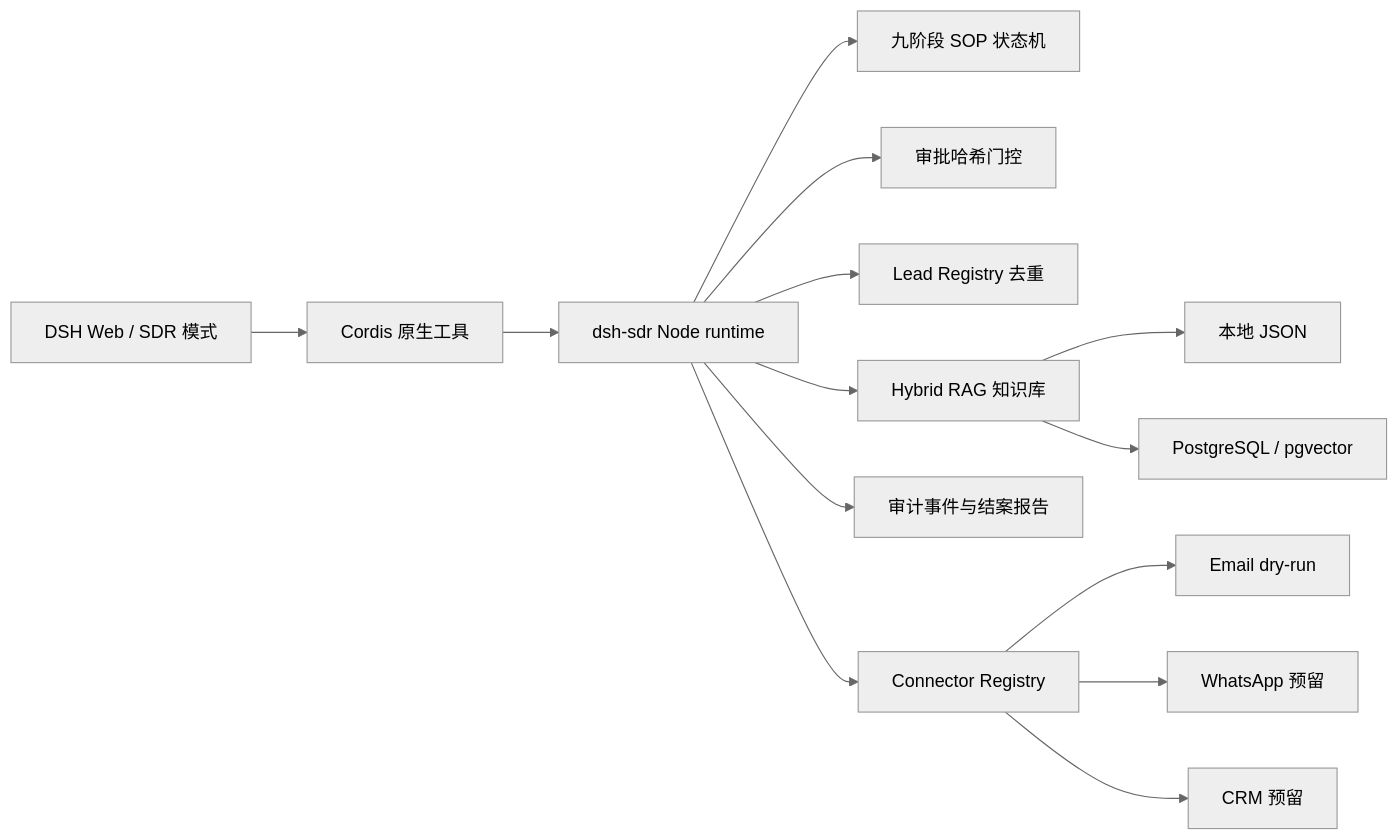
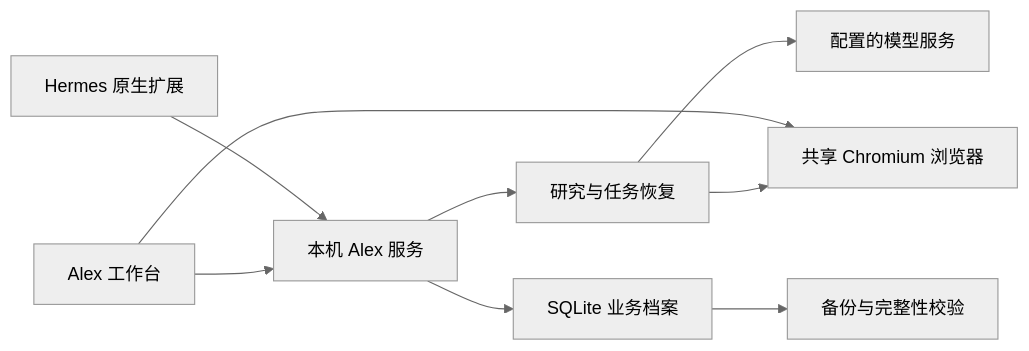
Before and after one commit to Xuxchloris/Alex: the diagram in README.md, drawn with Mermaid (neutral theme). The commit also changed other lines of this file and 33 other files, not shown here.

````diff
--- a/README.md
+++ b/README.md
@@ -69,16 +69,11 @@
 ```mermaid
 flowchart LR
-    U[DSH Web / SDR 模式] --> T[Cordis 原生工具]
-    T --> S[dsh-sdr Node runtime]
-    S --> SOP[九阶段 SOP 状态机]
-    S --> G[审批哈希门控]
-    S --> L[Lead Registry 去重]
-    S --> K[Hybrid RAG 知识库]
-    S --> A[审计事件与结案报告]
-    S --> C[Connector Registry]
-    C --> E[Email dry-run]
-    C --> W[WhatsApp 预留]
-    C --> R[CRM 预留]
-    K --> J[本地 JSON]
-    K --> P[PostgreSQL / pgvector]
+  U[Alex 工作台] --> API[本机 Alex 服务]
+  H[Hermes 原生扩展] --> API
+  API --> R[研究与任务恢复]
+  R --> B[共享 Chromium 浏览器]
+  R --> L[配置的模型服务]
+  API --> S[SQLite 业务档案]
+  S --> BK[备份与完整性校验]
+  U --> B
 ```
````
